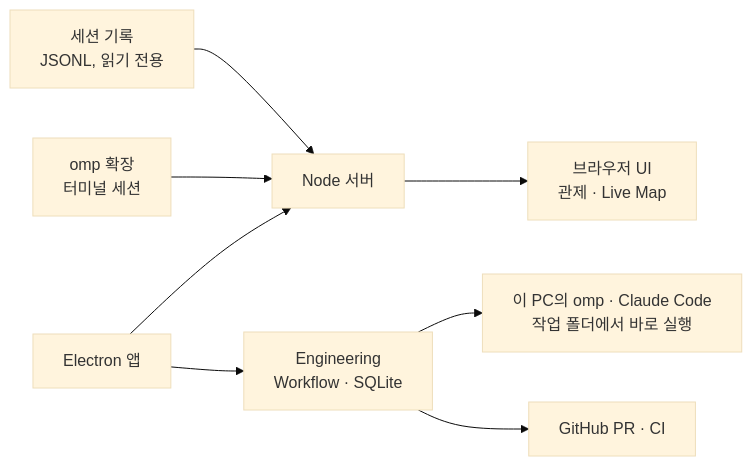
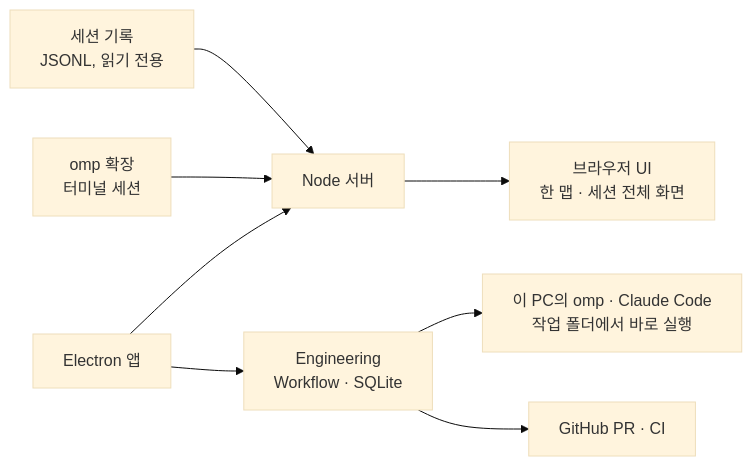
Before and after one commit to thdrmsqhd/omp-live-map: the diagram in README.md, drawn with Mermaid (base theme). The commit also changed other lines of this file and 91 other files, not shown here.

First line of the commit message:
[omp-live-map]-[관제]: 프로젝트·Task·Workflow 단계·세션을 맵 하나로 통합, 상단 탭·설계·Task 탭 제거

````diff
--- a/README.md
+++ b/README.md
@@ -122,10 +92,10 @@
 ```mermaid
 flowchart LR
   R["세션 기록<br/>JSONL, 읽기 전용"] --> S["Node 서버"]
   X["omp 확장<br/>터미널 세션"] --> S
   D["Electron 앱"] --> S
-  S --> U["브라우저 UI<br/>관제 · Live Map"]
+  S --> U["브라우저 UI<br/>한 맵 · 세션 전체 화면"]
   D --> E["Engineering<br/>Workflow · SQLite"]
   E --> C["이 PC의 omp · Claude Code<br/>작업 폴더에서 바로 실행"]
   E --> G["GitHub PR · CI"]
 ```
````
